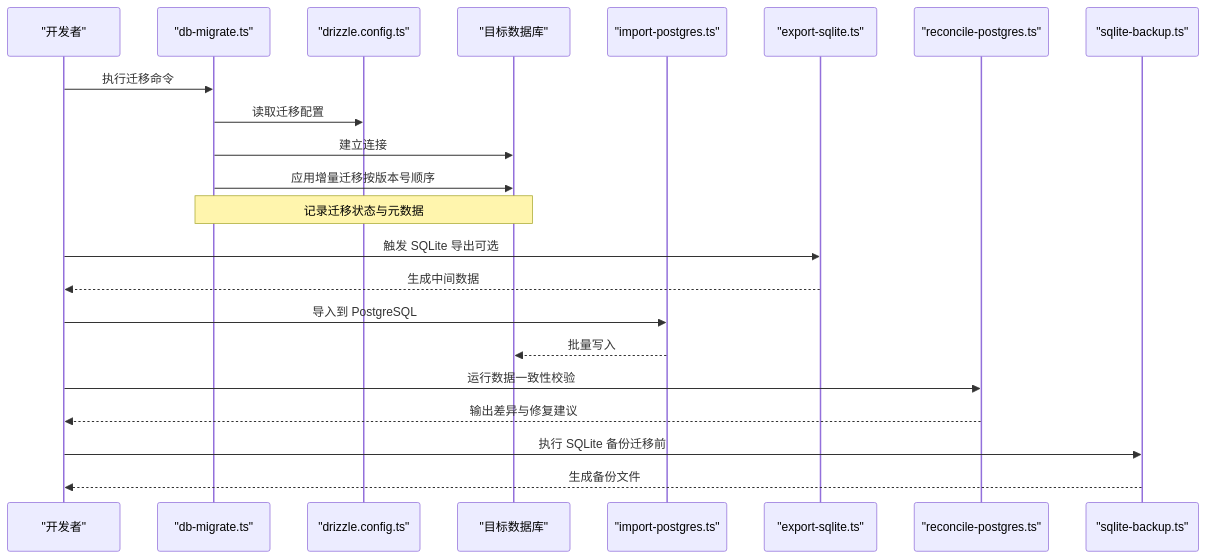
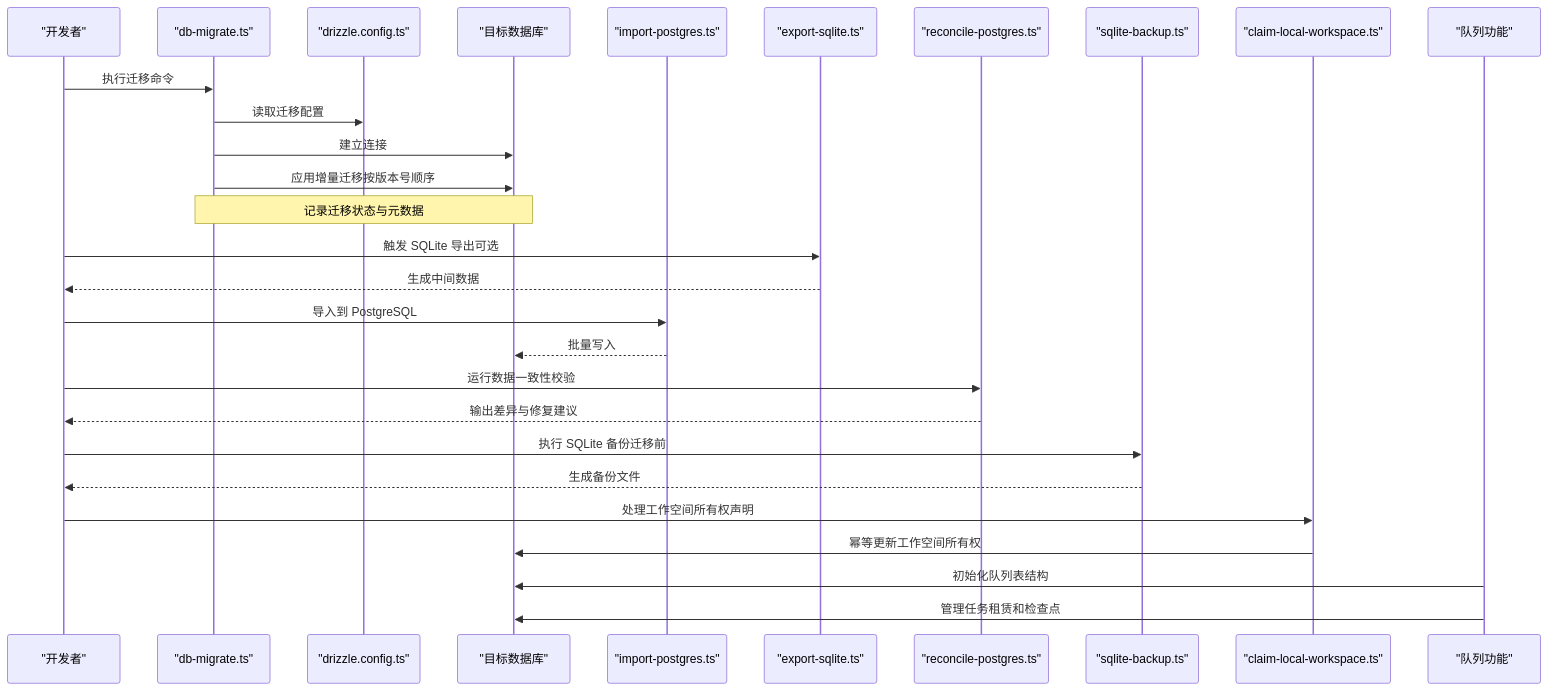
Before and after one commit to scottcwy/PurpleInk: the second of 5 diagrams in .qoder/repowiki/zh/content/后端架构/数据访问层/数据迁移策略.md, drawn with Mermaid. The commit also changed other lines of this file and 109 other files, not shown here.

````diff
--- a/.qoder/repowiki/zh/content/后端架构/数据访问层/数据迁移策略.md
+++ b/.qoder/repowiki/zh/content/后端架构/数据访问层/数据迁移策略.md
@@ -89,24 +101,30 @@
 ```mermaid
 sequenceDiagram
 participant Dev as "开发者"
 participant CLI as "db-migrate.ts"
 participant Conf as "drizzle.config.ts"
 participant DB as "目标数据库"
 participant Import as "import-postgres.ts"
 participant Export as "export-sqlite.ts"
 participant Reconcile as "reconcile-postgres.ts"
 participant Backup as "sqlite-backup.ts"
+participant Claim as "claim-local-workspace.ts"
+participant Queue as "队列功能"
 Dev->>CLI : 执行迁移命令
 CLI->>Conf : 读取迁移配置
 CLI->>DB : 建立连接
 CLI->>DB : 应用增量迁移按版本号顺序
 Note over CLI,DB : 记录迁移状态与元数据
 Dev->>Export : 触发 SQLite 导出可选
 Export-->>Dev : 生成中间数据
 Dev->>Import : 导入到 PostgreSQL
 Import-->>DB : 批量写入
 Dev->>Reconcile : 运行数据一致性校验
 Reconcile-->>Dev : 输出差异与修复建议
 Dev->>Backup : 执行 SQLite 备份迁移前
 Backup-->>Dev : 生成备份文件
+Dev->>Claim : 处理工作空间所有权声明
+Claim->>DB : 幂等更新工作空间所有权
+Queue->>DB : 初始化队列表结构
+Queue->>DB : 管理任务租赁和检查点
 ```
````
